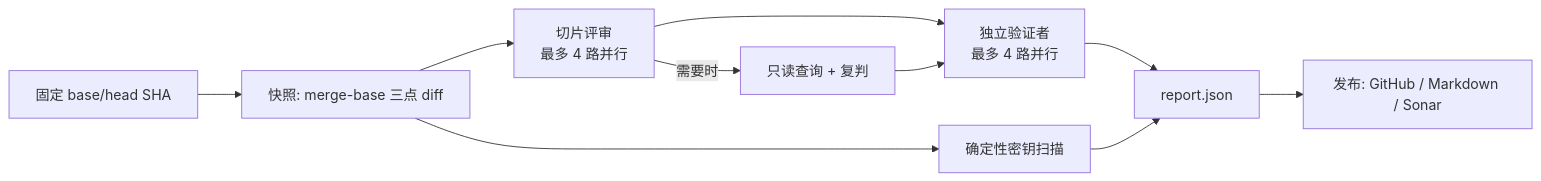
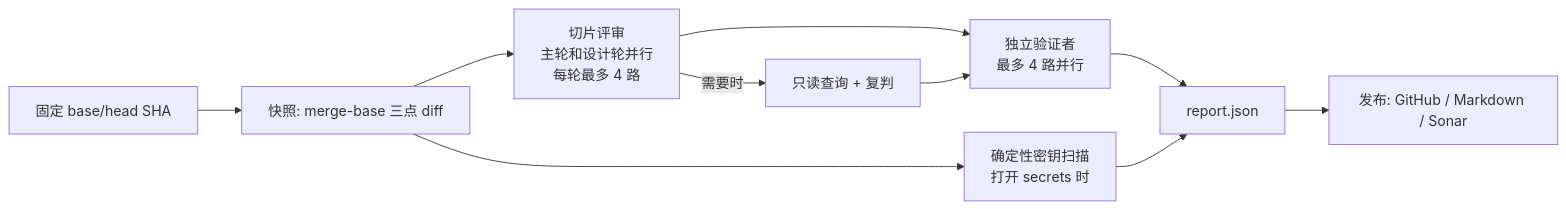
The diagram in README.md (iamharvey/pairrot), drawn with Mermaid before and after one commit. The commit also changed other lines of this file and 17 other files, not shown here.

````diff
--- a/README.md
+++ b/README.md
@@ -22,12 +22,12 @@
 ```mermaid
 flowchart LR
     A[固定 base/head SHA] --> B[快照: merge-base 三点 diff]
-    B --> C[切片评审<br/>最多 4 路并行]
+    B --> C[切片评审<br/>主轮和设计轮并行<br/>每轮最多 4 路]
     C -->|需要时| D[只读查询 + 复判]
     C --> E[独立验证者<br/>最多 4 路并行]
     D --> E
-    B --> S[确定性密钥扫描]
+    B --> S[确定性密钥扫描<br/>打开 secrets 时]
     E --> R[report.json]
     S --> R
     R --> P[发布: GitHub / Markdown / Sonar]
 ```
````
